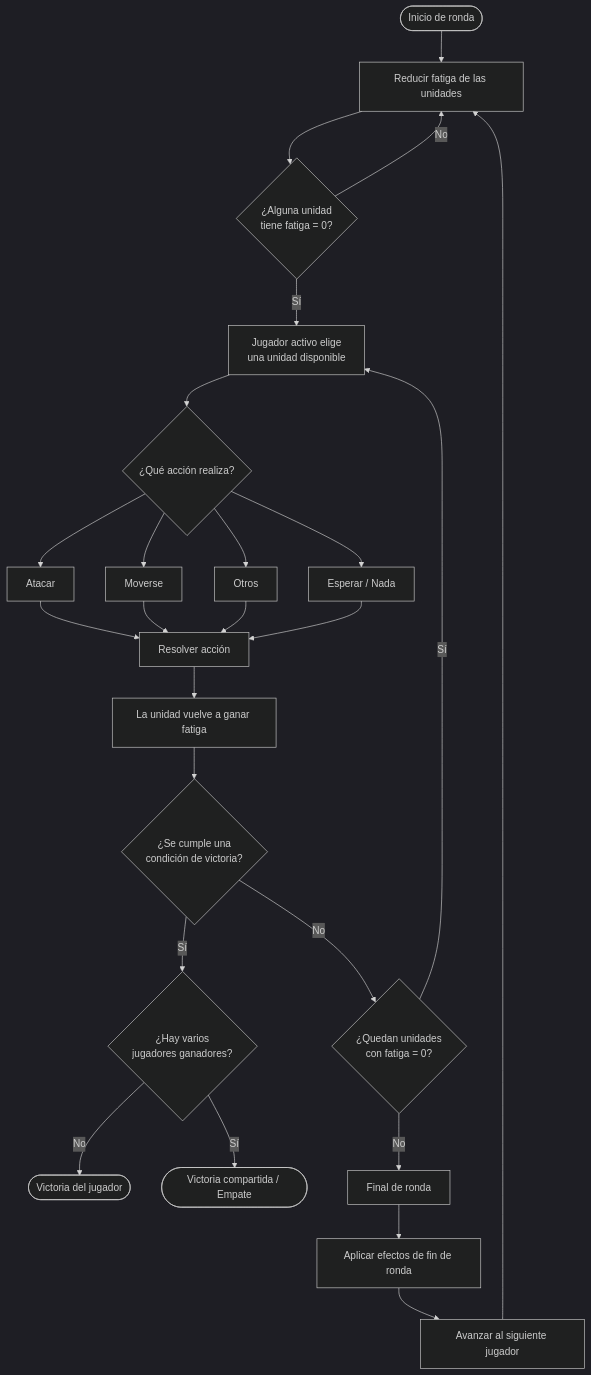
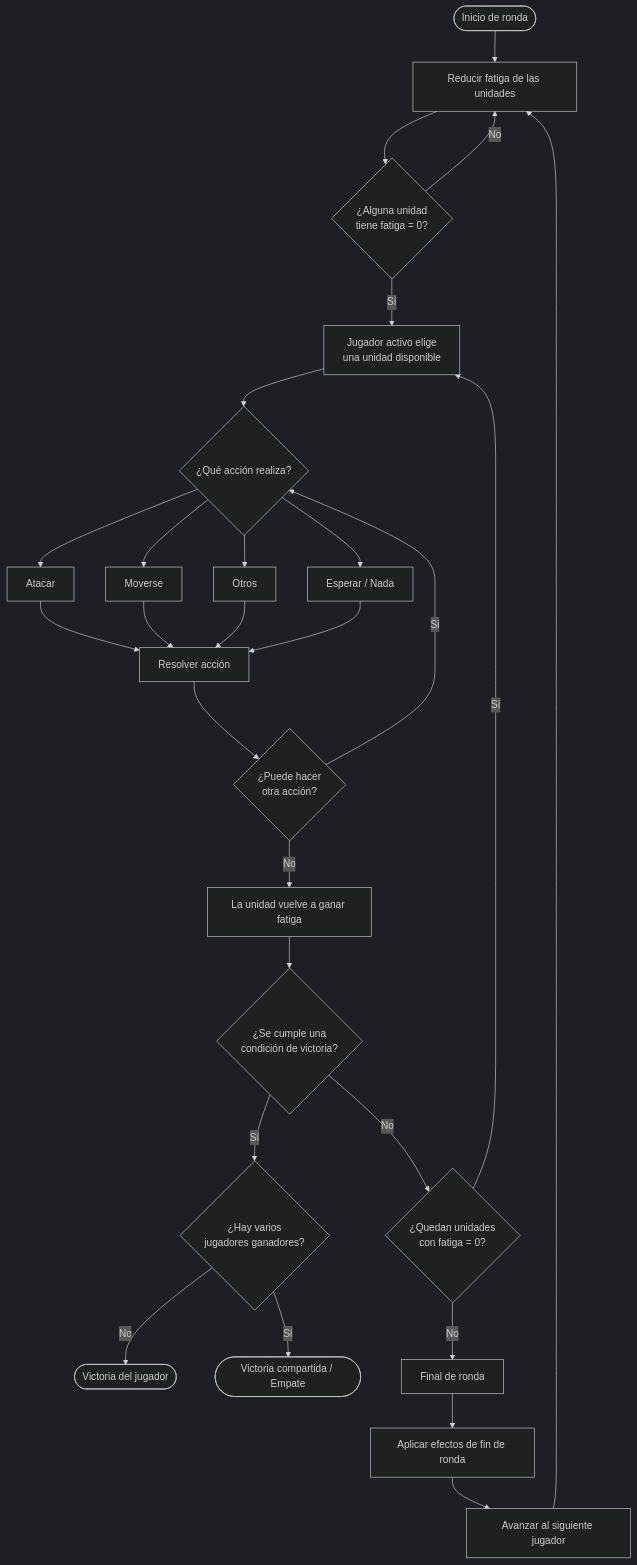
One commit to gridstudiofficial/gridstudiofficial.github.io changed the second of 5 diagrams in public/gdd/GDD.md. Above: the diagram before and after it, drawn with Mermaid (dark theme). The commit also changed other lines of this file, not shown here.

````diff
--- a/public/gdd/GDD.md
+++ b/public/gdd/GDD.md
@@ -67,24 +69,22 @@
 ```mermaid
 flowchart TB
-    A(["Inicio de ronda"]) --> B["Reducir fatiga de las unidades"]
+    START(["Inicio de ronda"]) --> B["Reducir fatiga de las unidades"]
     B --> C{"¿Alguna unidad<br>tiene fatiga = 0?"}
     C -- No --> B
     C -- Sí --> D["Jugador activo elige<br>una unidad disponible"]
-    D --> E{"¿Qué acción realiza?"}
-    E --> F["Atacar"] & G["Moverse"] & H["Otros"] & I["Esperar / Nada"]
-    F --> J["Resolver acción"]
-    G --> J
-    H --> J
-    I --> J
-    J --> K["La unidad vuelve a ganar fatiga"]
-    K --> L{"¿Se cumple una<br>condición de victoria?"}
+    D --> WHAT_ACTION?{"¿Qué acción realiza?"}
+    WHAT_ACTION? --> ATTACK["Atacar"] & MOVE["Moverse"] & OTHER["Otros"] & WAIT["Esperar / Nada"] --> SOLVE_ACTION["Resolver acción"]
+    SOLVE_ACTION --> OTHER_ACTION?{"¿Puede hacer<br>otra acción?"}
+    OTHER_ACTION? -- No --> GAIN_FATIGUE["La unidad vuelve a ganar fatiga"]
+    OTHER_ACTION? -- Si --> WHAT_ACTION?
+    GAIN_FATIGUE --> L{"¿Se cumple una<br>condición de victoria?"}
     L -- Sí --> M{"¿Hay varios<br>jugadores ganadores?"}
     M -- No --> N(["Victoria del jugador"])
     M -- Sí --> O(["Victoria compartida / Empate"])
     L -- No --> P{"¿Quedan unidades<br>con fatiga = 0?"}
     P -- Sí --> D
     P -- No --> Q["Final de ronda"]
     Q --> R["Aplicar efectos de fin de ronda"]
     R --> S["Avanzar al siguiente jugador"]
     S --> B
 ```
````
